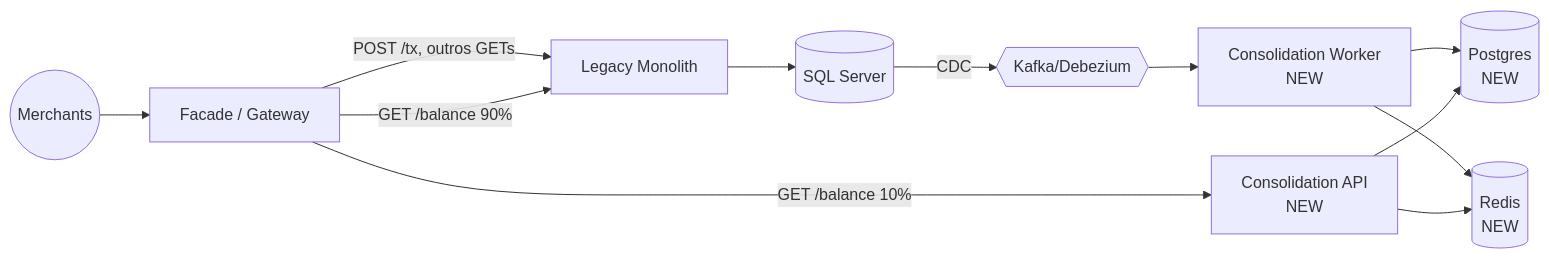
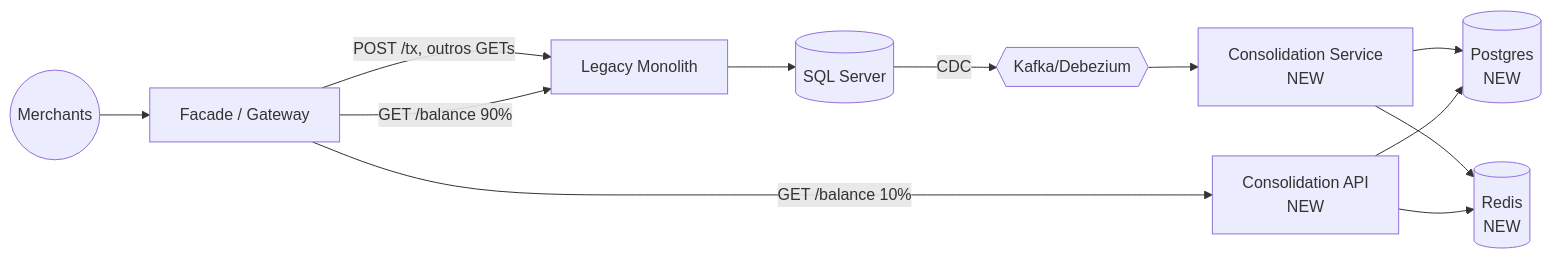
Before and after one commit to vldmatos/Daily-Cash-Flow: the third of 5 diagrams in docs/transition/transition-plan.md, drawn with Mermaid. The commit also changed other lines of this file and 84 other files, not shown here.

First line of the commit message:
[feat]: applications from architecture for CashFlow

````diff
--- a/docs/transition/transition-plan.md
+++ b/docs/transition/transition-plan.md
@@ -66,14 +66,14 @@
 ```mermaid
 flowchart LR
     users((Merchants)) --> facade[Facade / Gateway]
     facade -->|POST /tx, outros GETs| legacy[Legacy Monolith]
     facade -->|GET /balance 10%| newCons[Consolidation API<br/>NEW]
     facade -->|GET /balance 90%| legacy
     legacy --> sql[(SQL Server)]
     sql -- CDC --> bus{{Kafka/Debezium}}
-    bus --> newWorker[Consolidation Worker<br/>NEW]
+    bus --> newWorker[Consolidation Service<br/>NEW]
     newWorker --> pg[(Postgres<br/>NEW)]
     newWorker --> redis[(Redis<br/>NEW)]
     newCons --> redis
     newCons --> pg
 ```
````
